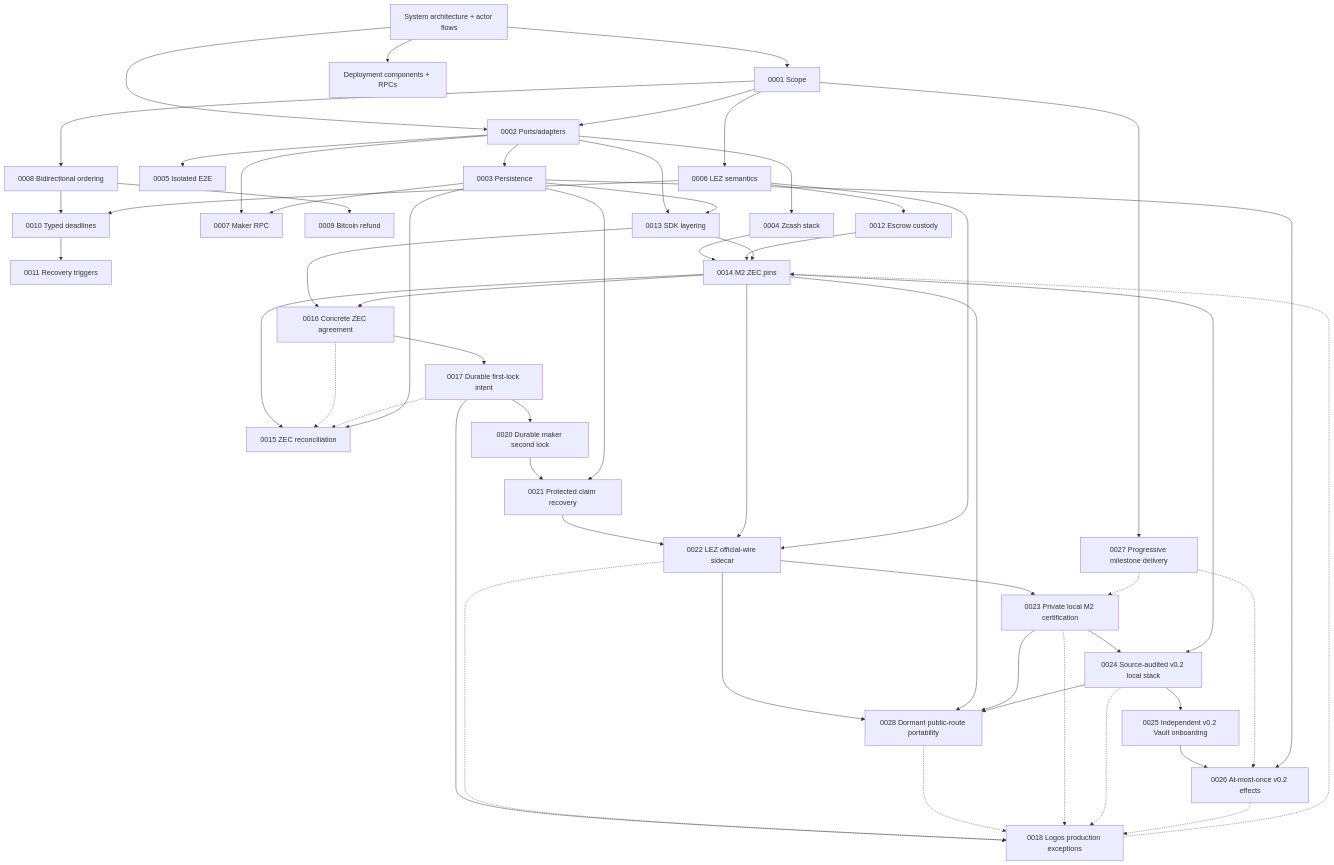
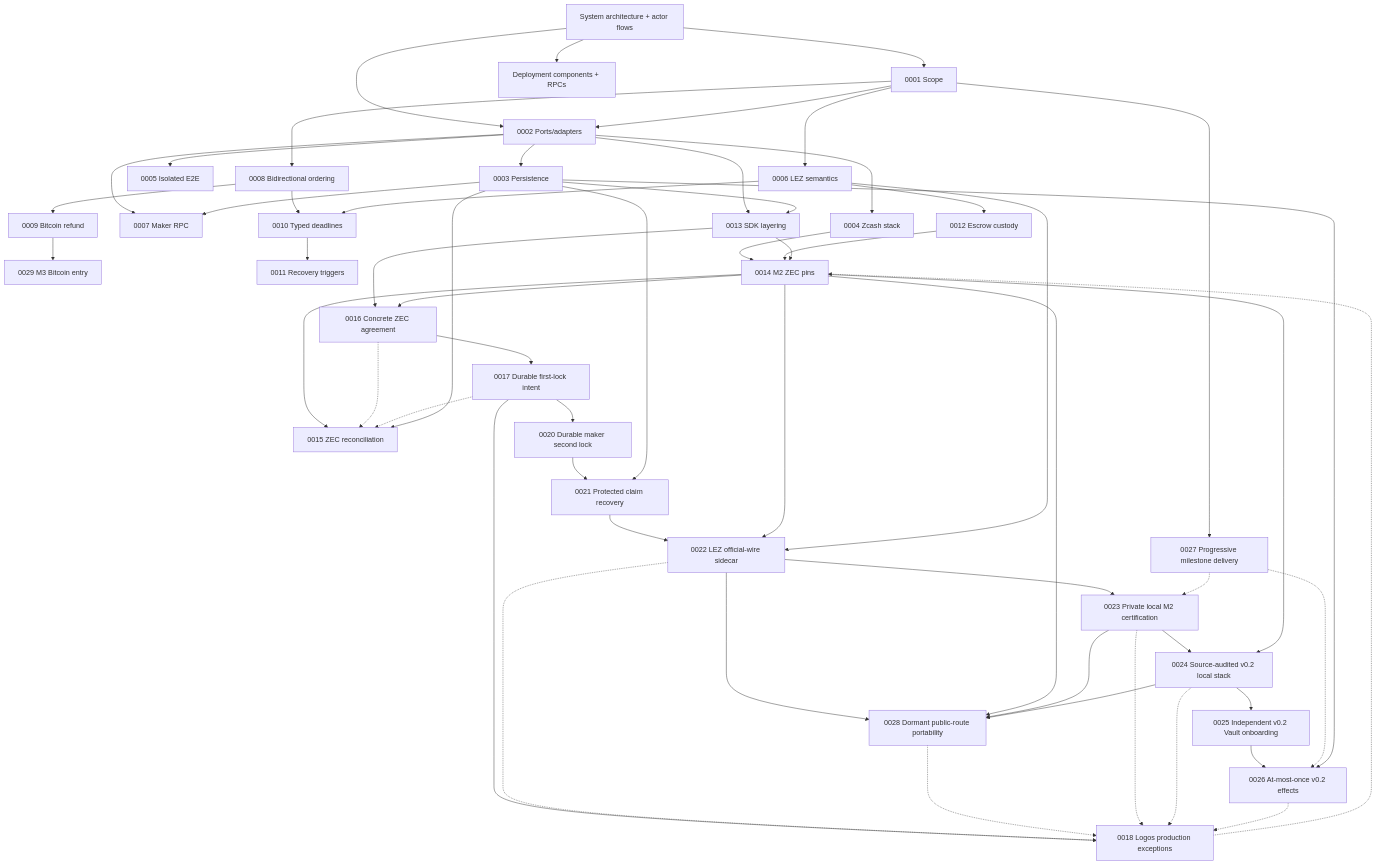
Before and after one commit to gateway-fm/lez-atomic-swaps: the diagram in docs/architecture/README.md, drawn with Mermaid. The commit also changed other lines of this file and 17 other files, not shown here.

Commit message:
docs: define safe M3 Bitcoin PoC entry

````diff
--- a/docs/architecture/README.md
+++ b/docs/architecture/README.md
@@ -27,57 +27,58 @@
 ```mermaid
 flowchart TB
     System["System architecture + actor flows"] --> Scope["0001 Scope"]
     System --> Deployment["Deployment components + RPCs"]
     System --> Ports["0002 Ports/adapters"]
     Scope --> Ports
     Ports --> Persistence["0003 Persistence"]
     Ports --> Zcash["0004 Zcash stack"]
     Ports --> Docker["0005 Isolated E2E"]
     Scope --> LEZ["0006 LEZ semantics"]
     Ports --> RPC["0007 Maker RPC"]
     Scope --> Direction["0008 Bidirectional ordering"]
     Direction --> Bitcoin["0009 Bitcoin refund"]
+    Bitcoin --> BitcoinEntry["0029 M3 Bitcoin entry"]
     Direction --> Deadlines["0010 Typed deadlines"]
     LEZ --> Deadlines
     Deadlines --> Recovery["0011 Recovery triggers"]
     LEZ --> Custody["0012 Escrow custody"]
     Ports --> SDK["0013 SDK layering"]
     Zcash --> ZecPins["0014 M2 ZEC pins"]
     Custody --> ZecPins
     SDK --> ZecPins
     ZecPins --> ZecReconcile["0015 ZEC reconciliation"]
     SDK --> Agreement["0016 Concrete ZEC agreement"]
     Agreement --> FirstLock["0017 Durable first-lock intent"]
     FirstLock --> MakerLock["0020 Durable maker second lock"]
     MakerLock --> ClaimRecovery["0021 Protected claim recovery"]
     ClaimRecovery --> LezSidecar["0022 LEZ official-wire sidecar"]
     LezSidecar --> LocalM2["0023 Private local M2 certification"]
     LezSidecar --> PublicRoutes["0028 Dormant public-route portability"]
     ZecPins --> PublicRoutes
     LocalM2 --> PublicRoutes
     LocalM2 --> LocalStack["0024 Source-audited v0.2 local stack"]
     ZecPins --> LocalStack
     LocalStack --> PublicRoutes
     LocalStack --> VaultActors["0025 Independent v0.2 Vault onboarding"]
     VaultActors --> V02Effects["0026 At-most-once v0.2 effects"]
     Scope --> Progressive["0027 Progressive milestone delivery"]
     Progressive -.-> LocalM2
     Progressive -.-> V02Effects
     ZecPins --> LezSidecar
     LEZ --> LezSidecar
     ZecPins --> Agreement
     Agreement -.-> ZecReconcile
     FirstLock -.-> ZecReconcile
     FirstLock --> Upstream["0018 Logos production exceptions"]
     Upstream -.-> ZecPins
     Persistence --> ZecReconcile
     Persistence --> SDK
     Persistence --> RPC
     Persistence --> ClaimRecovery
     Persistence --> V02Effects
     LezSidecar -.-> Upstream
     PublicRoutes -.-> Upstream
     LocalM2 -.-> Upstream
     LocalStack -.-> Upstream
     V02Effects -.-> Upstream
 ```
````
